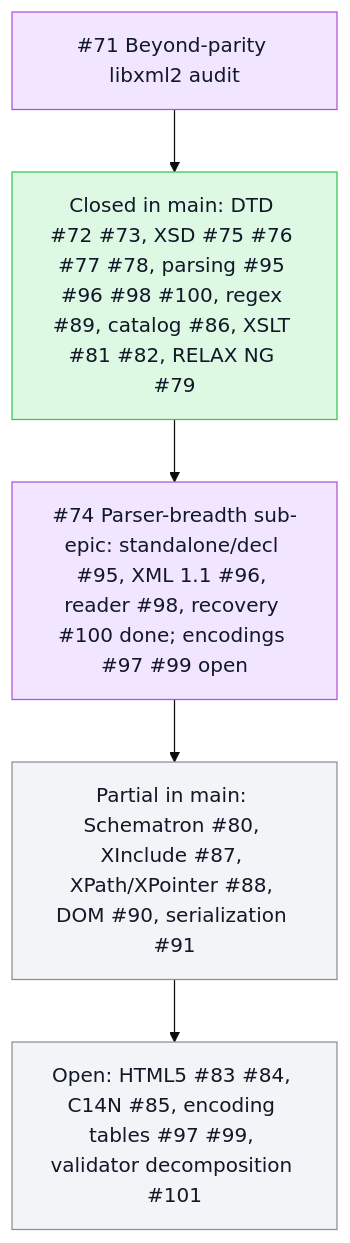
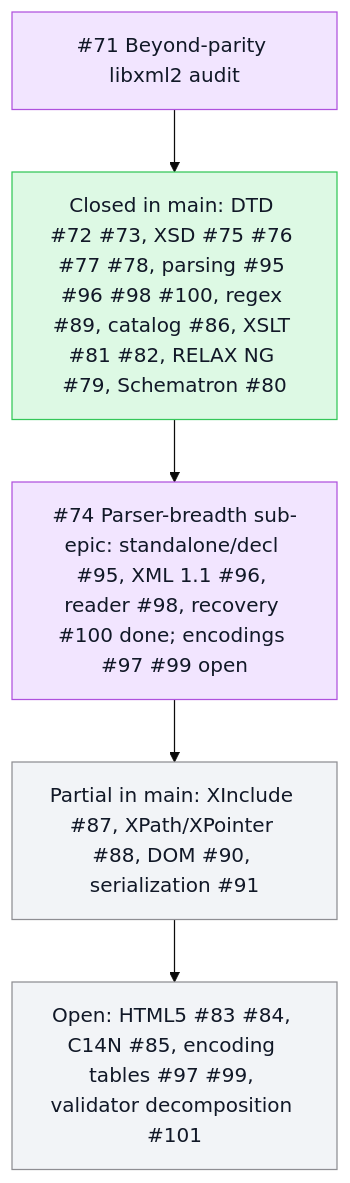
The second of 2 diagrams in README.md (mihaelamj/PureXML), drawn with Mermaid (base theme) before and after one commit.

Commit message:
docs: move closed Schematron #80 to done in roadmap

````diff
--- a/README.md
+++ b/README.md
@@ -73,16 +73,16 @@
 ```mermaid
 flowchart TB
   classDef done fill:#ddf9e4,stroke:#34c759,color:#111827
   classDef review fill:#fff7d6,stroke:#ffcc00,color:#111827
   classDef epic fill:#f2e5ff,stroke:#af52de,color:#111827
   classDef todo fill:#f2f4f7,stroke:#8e8e93,color:#111827
   Epic71["#71 Beyond-parity libxml2 audit"]:::epic
-  AuditDone["Closed in main: DTD #72 #73, XSD #75 #76 #77 #78, parsing #95 #96 #98 #100, regex #89, catalog #86, XSLT #81 #82, RELAX NG #79"]:::done
+  AuditDone["Closed in main: DTD #72 #73, XSD #75 #76 #77 #78, parsing #95 #96 #98 #100, regex #89, catalog #86, XSLT #81 #82, RELAX NG #79, Schematron #80"]:::done
   Epic74["#74 Parser-breadth sub-epic: standalone/decl #95, XML 1.1 #96, reader #98, recovery #100 done; encodings #97 #99 open"]:::epic
-  Partial["Partial in main: Schematron #80, XInclude #87, XPath/XPointer #88, DOM #90, serialization #91"]:::todo
+  Partial["Partial in main: XInclude #87, XPath/XPointer #88, DOM #90, serialization #91"]:::todo
   Open["Open: HTML5 #83 #84, C14N #85, encoding tables #97 #99, validator decomposition #101"]:::todo
   Epic71 --> AuditDone
   AuditDone --> Epic74
   Epic74 --> Partial
   Partial --> Open
 ```
````
